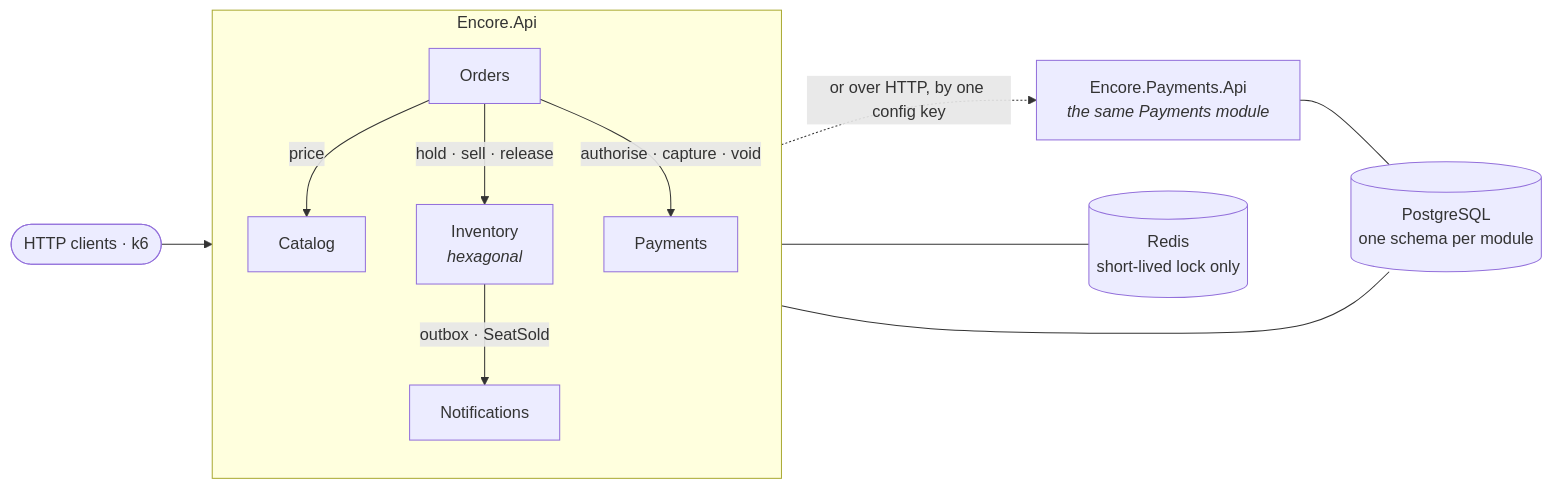
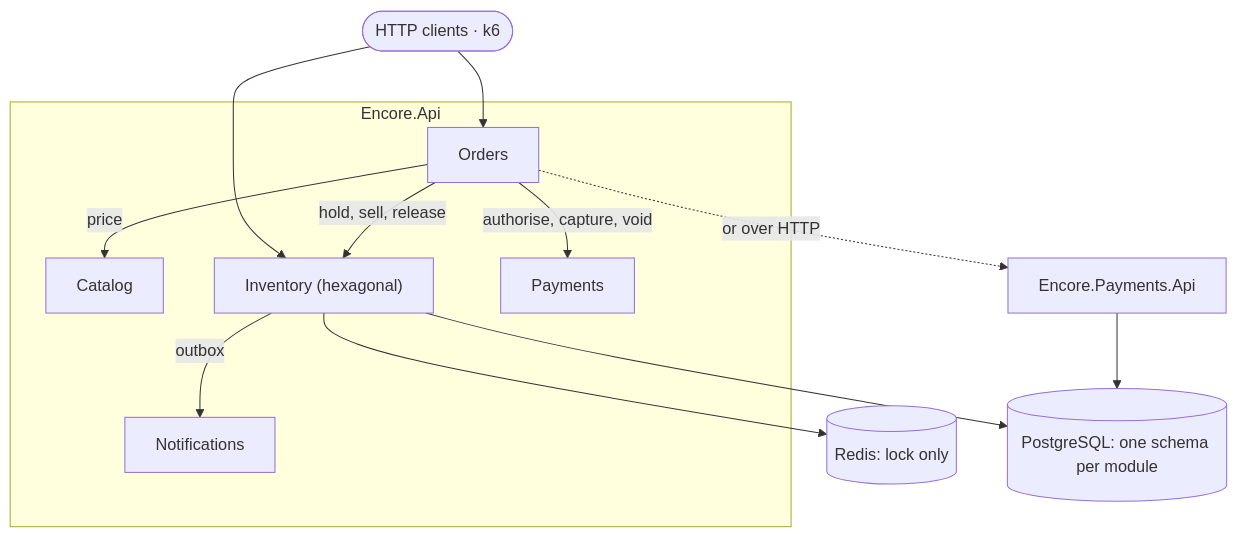
The diagram in README.md (bekammo/Encore), drawn with Mermaid before and after one commit.

Commit message:
Lay the README's architecture diagram out top-down
GitHub rendered the left-to-right version cropped: edges attached to the host subgraph threw the layout off, and only a corner of the diagram showed. Every edge now joins two nodes.

````diff
--- a/README.md
+++ b/README.md
@@ -35,27 +35,27 @@
 ```mermaid
-flowchart LR
-    client([HTTP clients · k6])
+flowchart TB
+    client(["HTTP clients · k6"])
 
-    subgraph host["Encore.Api"]
-        direction TB
+    subgraph monolith["Encore.Api"]
+        orders["Orders"]
         catalog["Catalog"]
-        orders["Orders"]
-        inventory["Inventory<br/><i>hexagonal</i>"]
+        inventory["Inventory (hexagonal)"]
+        payments["Payments"]
         notifications["Notifications"]
-        payments["Payments"]
     end
 
-    papi["Encore.Payments.Api<br/><i>the same Payments module</i>"]
-    pg[("PostgreSQL<br/>one schema per module")]
-    redis[("Redis<br/>short-lived lock only")]
+    papi["Encore.Payments.Api"]
+    redis[("Redis: lock only")]
+    pg[("PostgreSQL: one schema per module")]
 
-    client --> host
+    client --> orders
+    client --> inventory
     orders -->|price| catalog
-    orders -->|hold · sell · release| inventory
-    orders -->|authorise · capture · void| payments
-    orders -.->|or over HTTP, by one config key| papi
-    inventory -->|outbox · SeatSold| notifications
-    inventory --- redis
-    host --- pg
-    papi --- pg
+    orders -->|hold, sell, release| inventory
+    orders -->|authorise, capture, void| payments
+    orders -.->|or over HTTP| papi
+    inventory -->|outbox| notifications
+    inventory --> redis
+    inventory --> pg
+    papi --> pg
 ```
````
